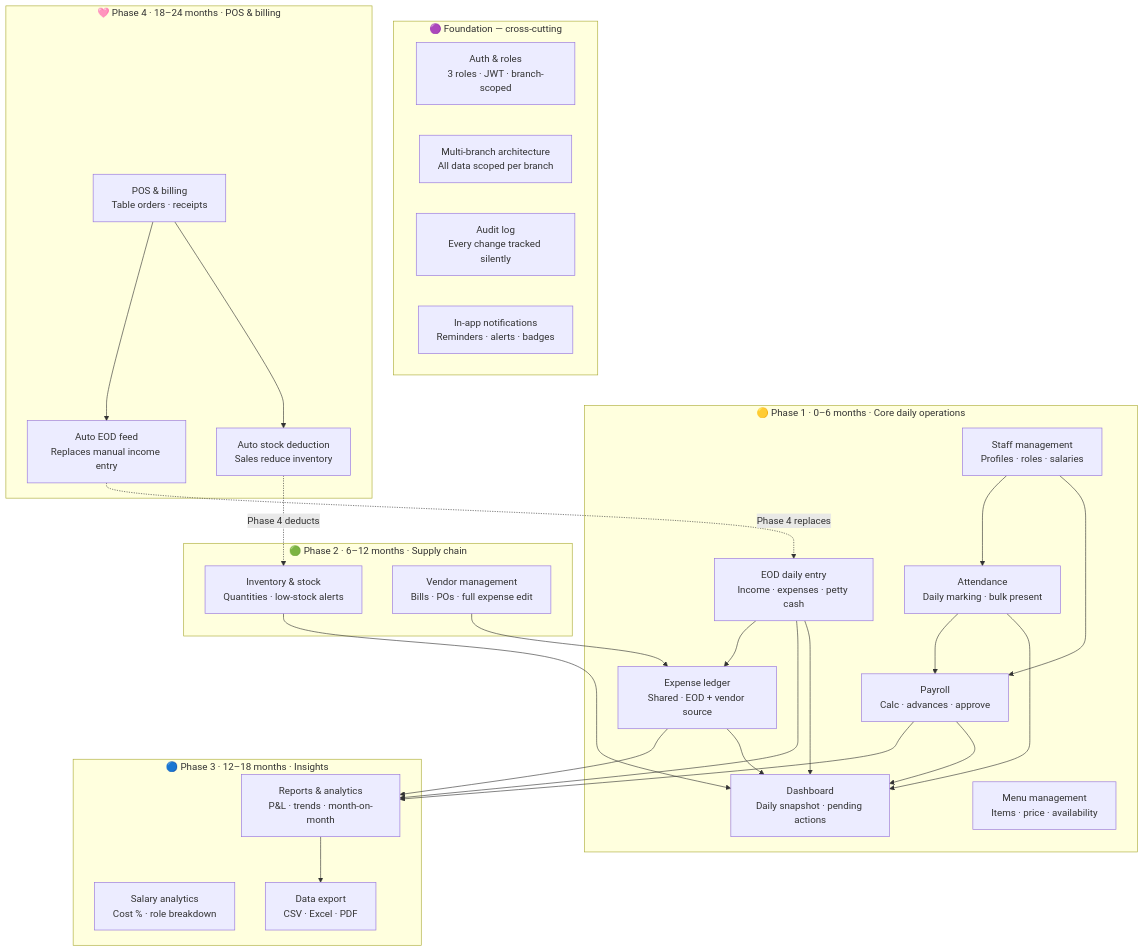
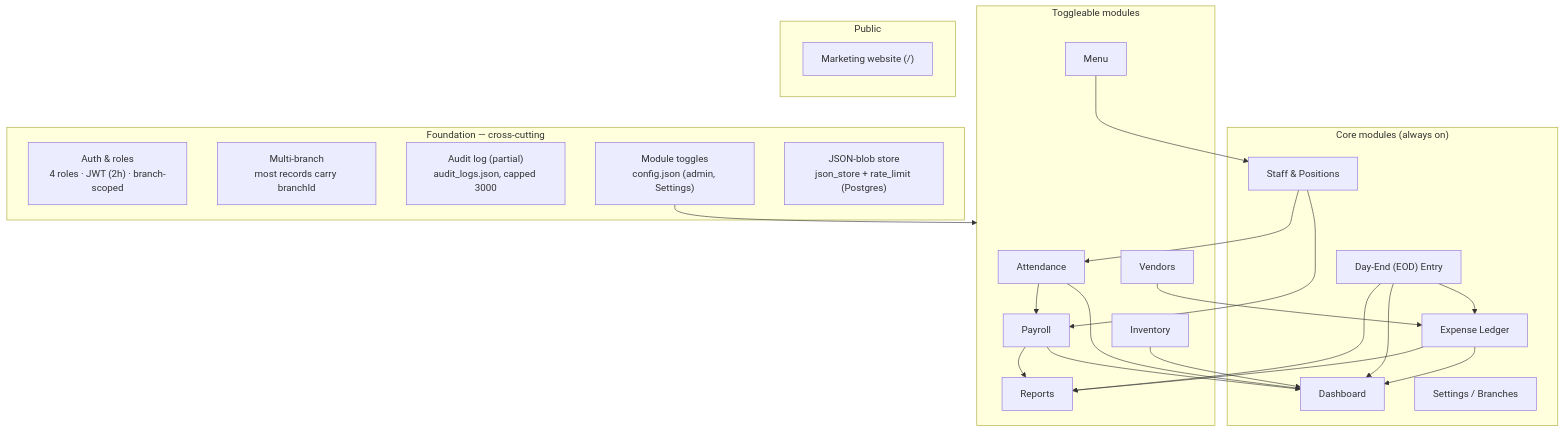
The first of 14 diagrams in Documentations/MODULE-MAPS.md (AbhishekS-381/Sree-Vaishnaves-Management), drawn with Mermaid before and after one commit. The commit also changed other lines of this file and 33 other files, not shown here.

````diff
--- a/Documentations/MODULE-MAPS.md
+++ b/Documentations/MODULE-MAPS.md
@@ -29,55 +12,47 @@
 ```mermaid
 graph TD
-  subgraph FOUNDATION["🟣 Foundation — cross-cutting"]
-    AUTH["Auth & roles\n3 roles · JWT · branch-scoped"]
-    MULTI["Multi-branch architecture\nAll data scoped per branch"]
-    AUDIT["Audit log\nEvery change tracked silently"]
-    NOTIF["In-app notifications\nReminders · alerts · badges"]
+  subgraph FOUNDATION["Foundation — cross-cutting"]
+    AUTH["Auth & roles\n4 roles · JWT (2h) · branch-scoped"]
+    MULTI["Multi-branch\nmost records carry branchId"]
+    AUDIT["Audit log (partial)\naudit_logs.json, capped 3000"]
+    CONFIG["Module toggles\nconfig.json (admin, Settings)"]
+    STORE["JSON-blob store\njson_store + rate_limit (Postgres)"]
   end
 
-  subgraph P1["🟡 Phase 1 · 0–6 months · Core daily operations"]
-    DASH["Dashboard\nDaily snapshot · pending actions"]
-    STAFF["Staff management\nProfiles · roles · salaries"]
-    ATT["Attendance\nDaily marking · bulk present"]
-    PAY["Payroll\nCalc · advances · approve"]
-    EOD["EOD daily entry\nIncome · expenses · petty cash"]
-    EXP["Expense ledger\nShared · EOD + vendor source"]
-    MENU["Menu management\nItems · price · availability"]
+  subgraph CORE["Core modules (always on)"]
+    DASH["Dashboard"]
+    STAFF["Staff & Positions"]
+    EOD["Day-End (EOD) Entry"]
+    EXP["Expense Ledger"]
+    SET["Settings / Branches"]
   end
 
-  subgraph P2["🟢 Phase 2 · 6–12 months · Supply chain"]
-    INV["Inventory & stock\nQuantities · low-stock alerts"]
-    VEN["Vendor management\nBills · POs · full expense edit"]
+  subgraph TOGGLE["Toggleable modules"]
+    ATT["Attendance"]
+    PAY["Payroll"]
+    VEN["Vendors"]
+    INV["Inventory"]
+    MENU["Menu"]
+    REP["Reports"]
   end
 
-  subgraph P3["🔵 Phase 3 · 12–18 months · Insights"]
-    REP["Reports & analytics\nP&L · trends · month-on-month"]
-    SAL["Salary analytics\nCost % · role breakdown"]
-    EXP_OUT["Data export\nCSV · Excel · PDF"]
-  end
-
-  subgraph P4["🩷 Phase 4 · 18–24 months · POS & billing"]
-    POS["POS & billing\nTable orders · receipts"]
-    AUTOEOD["Auto EOD feed\nReplaces manual income entry"]
-    AUTOINV["Auto stock deduction\nSales reduce inventory"]
+  subgraph PUBLIC["Public"]
+    WEB["Marketing website (/)"]
   end
 
   STAFF --> ATT
   ATT --> PAY
   STAFF --> PAY
   EOD --> EXP
   VEN --> EXP
   EXP --> REP
   PAY --> REP
   EOD --> REP
   INV --> DASH
   EXP --> DASH
   ATT --> DASH
   PAY --> DASH
   EOD --> DASH
-  REP --> EXP_OUT
-  POS --> AUTOEOD
-  POS --> AUTOINV
-  AUTOEOD -.->|"Phase 4 replaces"| EOD
-  AUTOINV -.->|"Phase 4 deducts"| INV
+  MENU --> STAFF
+  CONFIG --> TOGGLE
 ```
````
